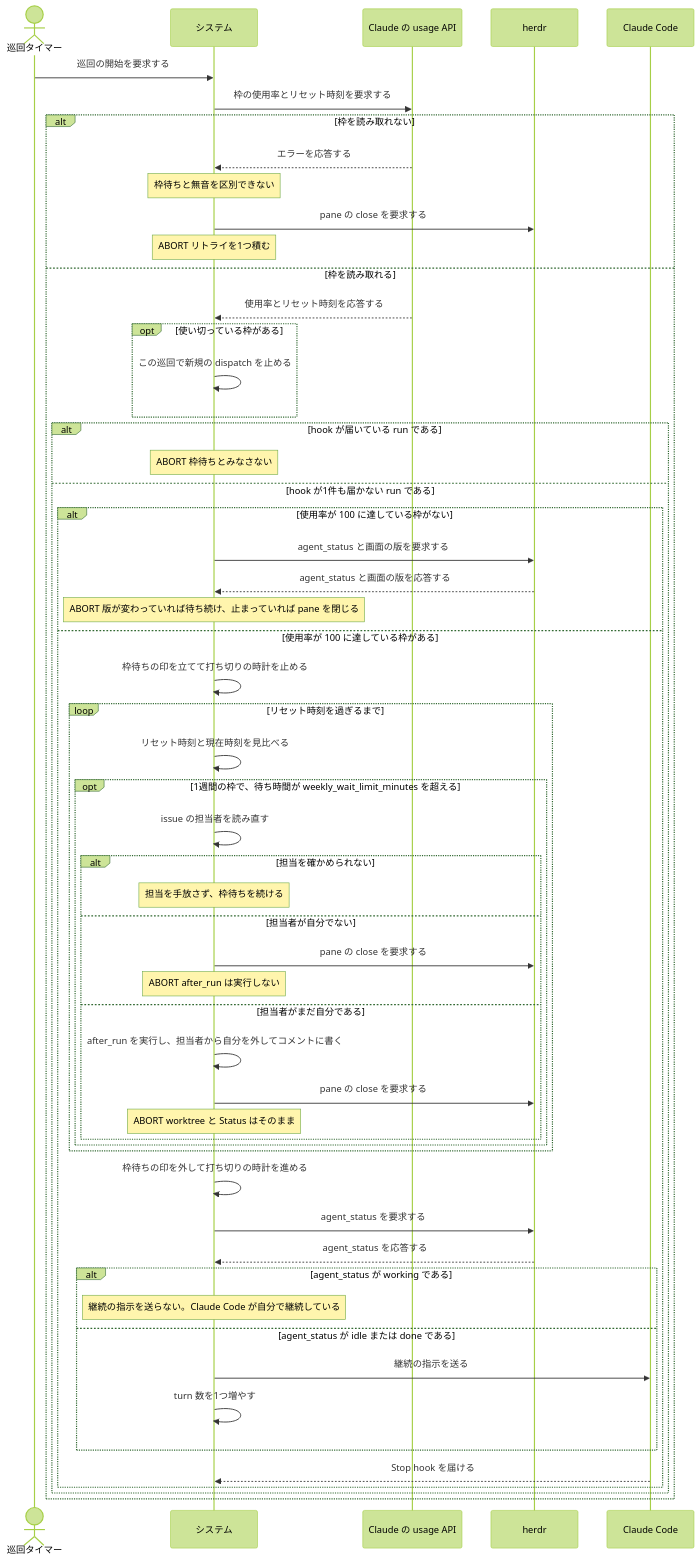
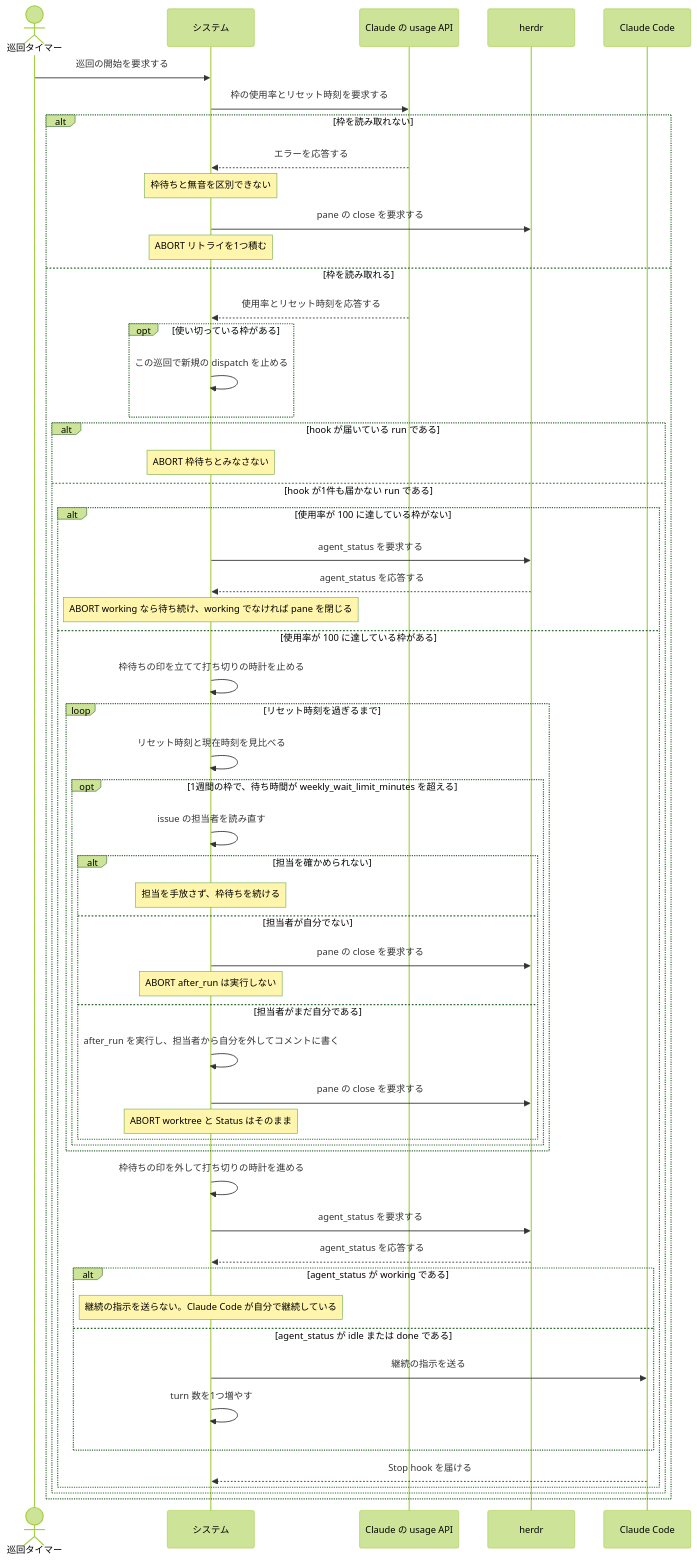
One commit to maimuzo/continuo changed the second of 2 diagrams in docs/spec/usecases/particular_case/レートリミットで待って再開する.rucm.md. Above: the diagram before and after it, drawn with Mermaid (forest theme). The commit also changed other lines of this file and 43 other files, not shown here.

First line of the commit message:
文書とテストを agent_status へ追随させる 版で測る記述を全部たたむ

````diff
--- a/docs/spec/usecases/particular_case/レートリミットで待って再開する.rucm.md
+++ b/docs/spec/usecases/particular_case/レートリミットで待って再開する.rucm.md
@@ -237,59 +236,59 @@
 ```mermaid
 sequenceDiagram
     actor T as 巡回タイマー
     participant S as システム
     participant API as Claude の usage API
     participant H as herdr
     participant CC as Claude Code
 
     T->>S: 巡回の開始を要求する
     S->>API: 枠の使用率とリセット時刻を要求する
     alt 枠を読み取れない
         API-->>S: エラーを応答する
         Note over S: 枠待ちと無音を区別できない
         S->>H: pane の close を要求する
         Note over S: ABORT リトライを1つ積む
     else 枠を読み取れる
         API-->>S: 使用率とリセット時刻を応答する
         opt 使い切っている枠がある
             S->>S: この巡回で新規の dispatch を止める
         end
         alt hook が届いている run である
             Note over S: ABORT 枠待ちとみなさない
         else hook が1件も届かない run である
             alt 使用率が 100 に達している枠がない
-                S->>H: agent_status と画面の版を要求する
-                H-->>S: agent_status と画面の版を応答する
-                Note over S: ABORT 版が変わっていれば待ち続け、止まっていれば pane を閉じる
+                S->>H: agent_status を要求する
+                H-->>S: agent_status を応答する
+                Note over S: ABORT working なら待ち続け、working でなければ pane を閉じる
             else 使用率が 100 に達している枠がある
                 S->>S: 枠待ちの印を立てて打ち切りの時計を止める
                 loop リセット時刻を過ぎるまで
                     S->>S: リセット時刻と現在時刻を見比べる
                     opt 1週間の枠で、待ち時間が weekly_wait_limit_minutes を超える
                         S->>S: issue の担当者を読み直す
                         alt 担当を確かめられない
                             Note over S: 担当を手放さず、枠待ちを続ける
                         else 担当者が自分でない
                             S->>H: pane の close を要求する
                             Note over S: ABORT after_run は実行しない
                         else 担当者がまだ自分である
                             S->>S: after_run を実行し、担当者から自分を外してコメントに書く
                             S->>H: pane の close を要求する
                             Note over S: ABORT worktree と Status はそのまま
                         end
                     end
                 end
                 S->>S: 枠待ちの印を外して打ち切りの時計を進める
                 S->>H: agent_status を要求する
                 H-->>S: agent_status を応答する
                 alt agent_status が working である
                     Note over S: 継続の指示を送らない。Claude Code が自分で継続している
                 else agent_status が idle または done である
                     S->>CC: 継続の指示を送る
                     S->>S: turn 数を1つ増やす
                 end
                 CC-->>S: Stop hook を届ける
             end
         end
     end
 ```
````
